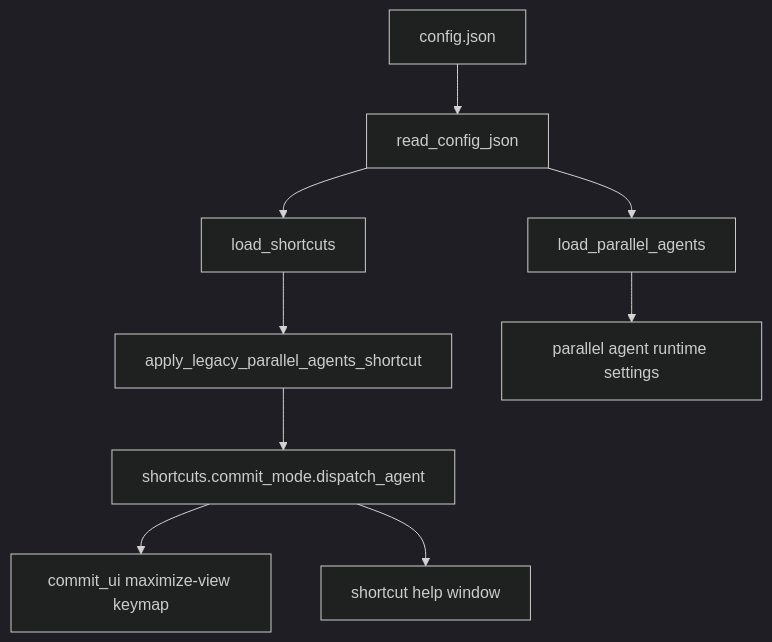
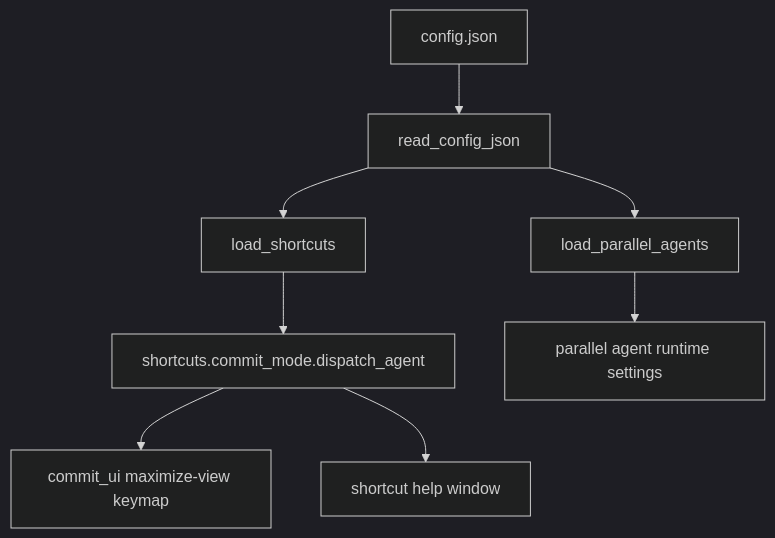
Before and after one commit to bajor/nvim-raccoon: the diagram in ARCHITECTURE_DIFF.md, drawn with Mermaid (dark theme). The commit also changed other lines of this file and 3 other files, not shown here.

First line of the commit message:
feat: remove legacy parallel agent shortcut fallback

````diff
--- a/ARCHITECTURE_DIFF.md
+++ b/ARCHITECTURE_DIFF.md
@@ -7,11 +7,10 @@
 ```mermaid
 flowchart TD
     A[config.json] --> B[read_config_json]
     B --> C[load_shortcuts]
     B --> D[load_parallel_agents]
-    C --> E[apply_legacy_parallel_agents_shortcut]
-    E --> F[shortcuts.commit_mode.dispatch_agent]
-    F --> G[commit_ui maximize-view keymap]
-    F --> H[shortcut help window]
-    D --> I[parallel agent runtime settings]
+    C --> E[shortcuts.commit_mode.dispatch_agent]
+    E --> F[commit_ui maximize-view keymap]
+    E --> G[shortcut help window]
+    D --> H[parallel agent runtime settings]
 ```
````
